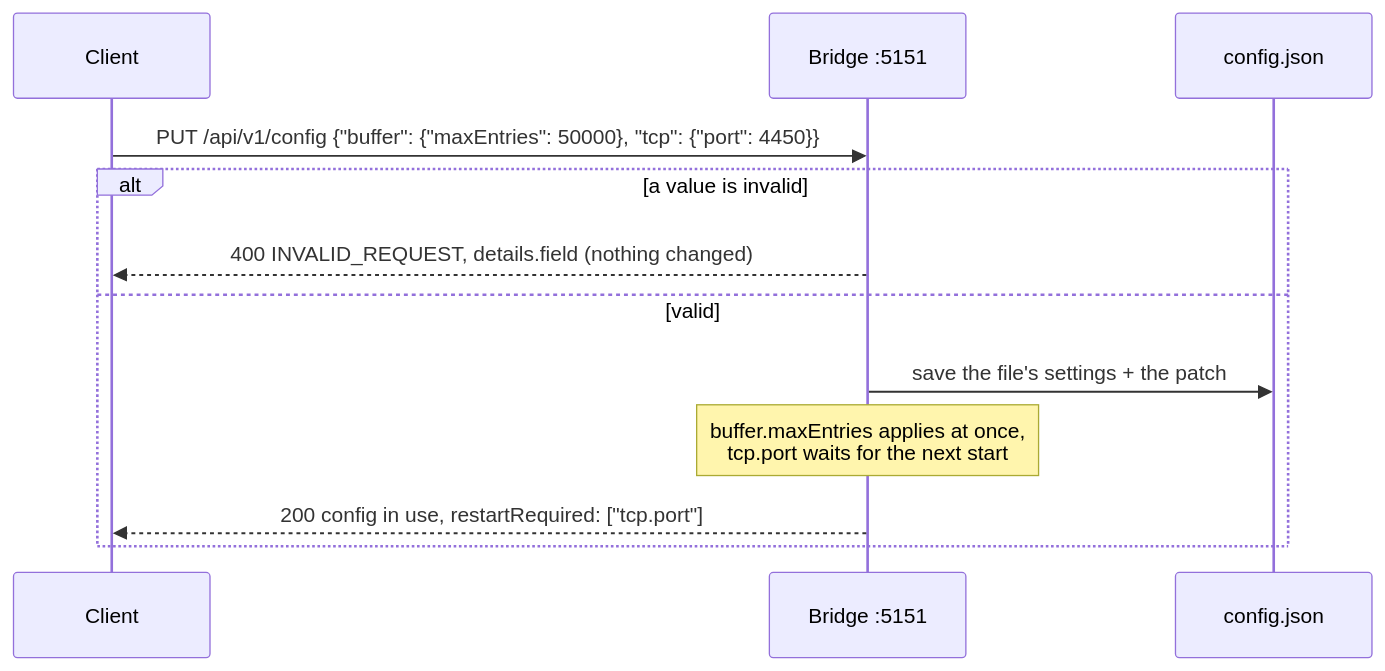
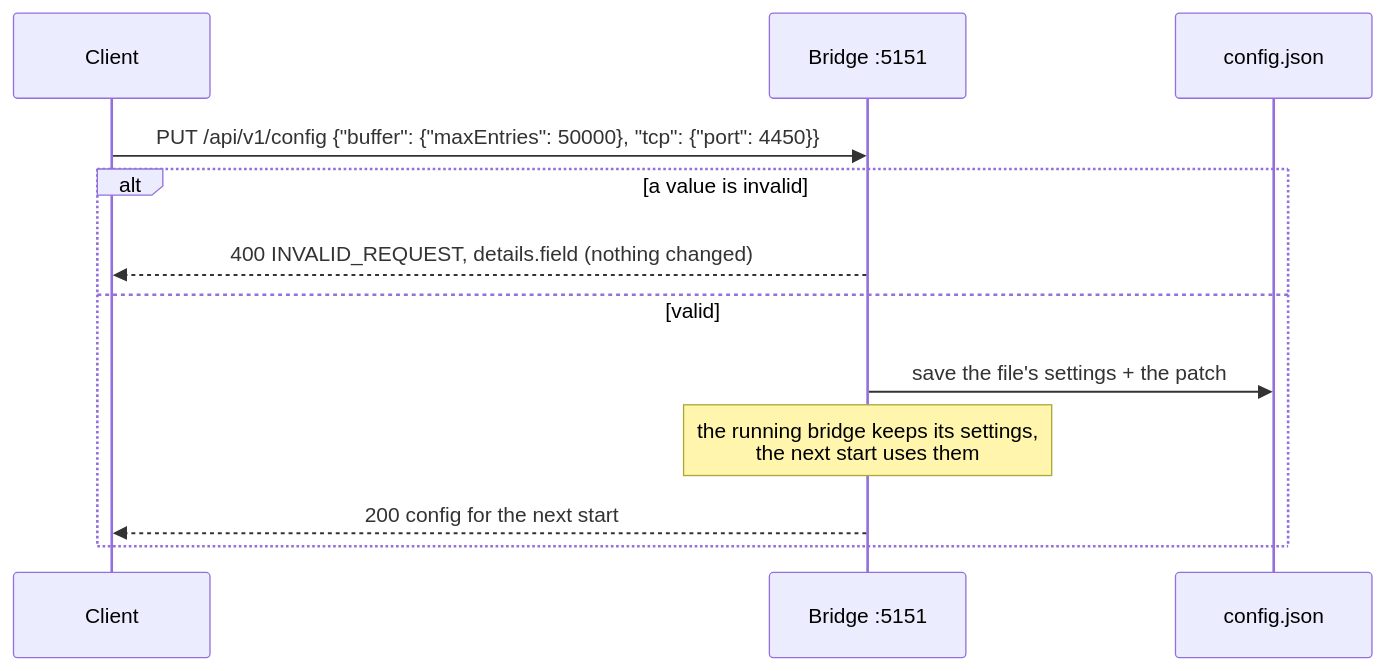
Before and after one commit to TimoSto/screenreader-speech-capture: the eighth of 10 diagrams in docs/usage/flows/http.md, drawn with Mermaid. The commit also changed other lines of this file and 52 other files, not shown here.

First line of the commit message:
fix(bridge,client)!: apply config changes on the next start (#139)

````diff
--- a/docs/usage/flows/http.md
+++ b/docs/usage/flows/http.md
@@ -164,15 +163,15 @@
 ```mermaid
 sequenceDiagram
     participant C as Client
     participant B as Bridge :5151
     participant F as config.json
 
     C->>B: PUT /api/v1/config {"buffer": {"maxEntries": 50000}, "tcp": {"port": 4450}}
     alt a value is invalid
         B-->>C: 400 INVALID_REQUEST, details.field (nothing changed)
     else valid
         B->>F: save the file's settings + the patch
-        Note over B: buffer.maxEntries applies at once,<br/>tcp.port waits for the next start
-        B-->>C: 200 config in use, restartRequired: ["tcp.port"]
+        Note over B: the running bridge keeps its settings,<br/>the next start uses them
+        B-->>C: 200 config for the next start
     end
 ```
````
